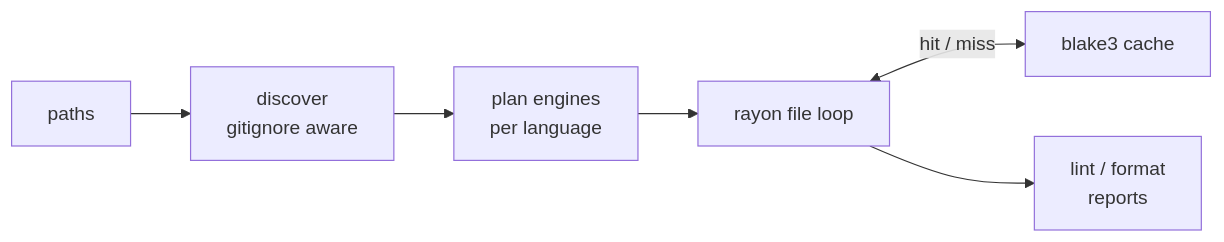
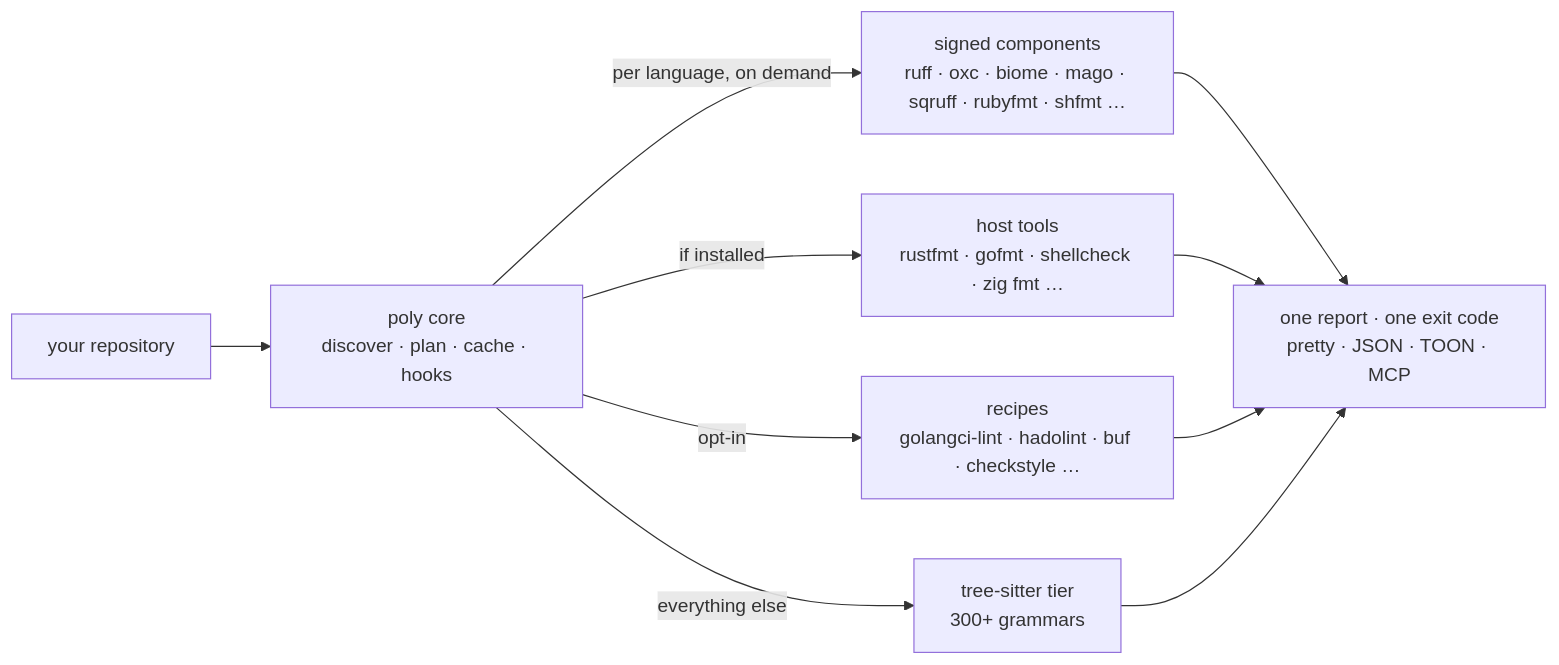
Before and after one commit to Goldziher/poly: the diagram in README.md, drawn with Mermaid. The commit also changed other lines of this file and 5 other files, not shown here.

````diff
--- a/README.md
+++ b/README.md
@@ -238,12 +32,9 @@
 ```mermaid
 flowchart LR
-  A["paths"]
-  B["discover<br/>gitignore aware"]
-  C["plan engines<br/>per language"]
-  D["rayon file loop"]
-  E["blake3 cache"]
-  F["lint / format<br/>reports"]
-  A --> B --> C --> D
-  D <-->|hit / miss| E
-  D --> F
+  R["your repository"] --> C["poly core<br/>discover · plan · cache · hooks"]
+  C -->|"per language, on demand"| K["signed components<br/>ruff · oxc · biome · mago · sqruff · rubyfmt · shfmt …"]
+  C -->|"if installed"| H["host tools<br/>rustfmt · gofmt · shellcheck · zig fmt …"]
+  C -->|"opt-in"| P["recipes<br/>golangci-lint · hadolint · buf · checkstyle …"]
+  C -->|"everything else"| T["tree-sitter tier<br/>300+ grammars"]
+  K & H & P & T --> O["one report · one exit code<br/>pretty · JSON · TOON · MCP"]
 ```
````
